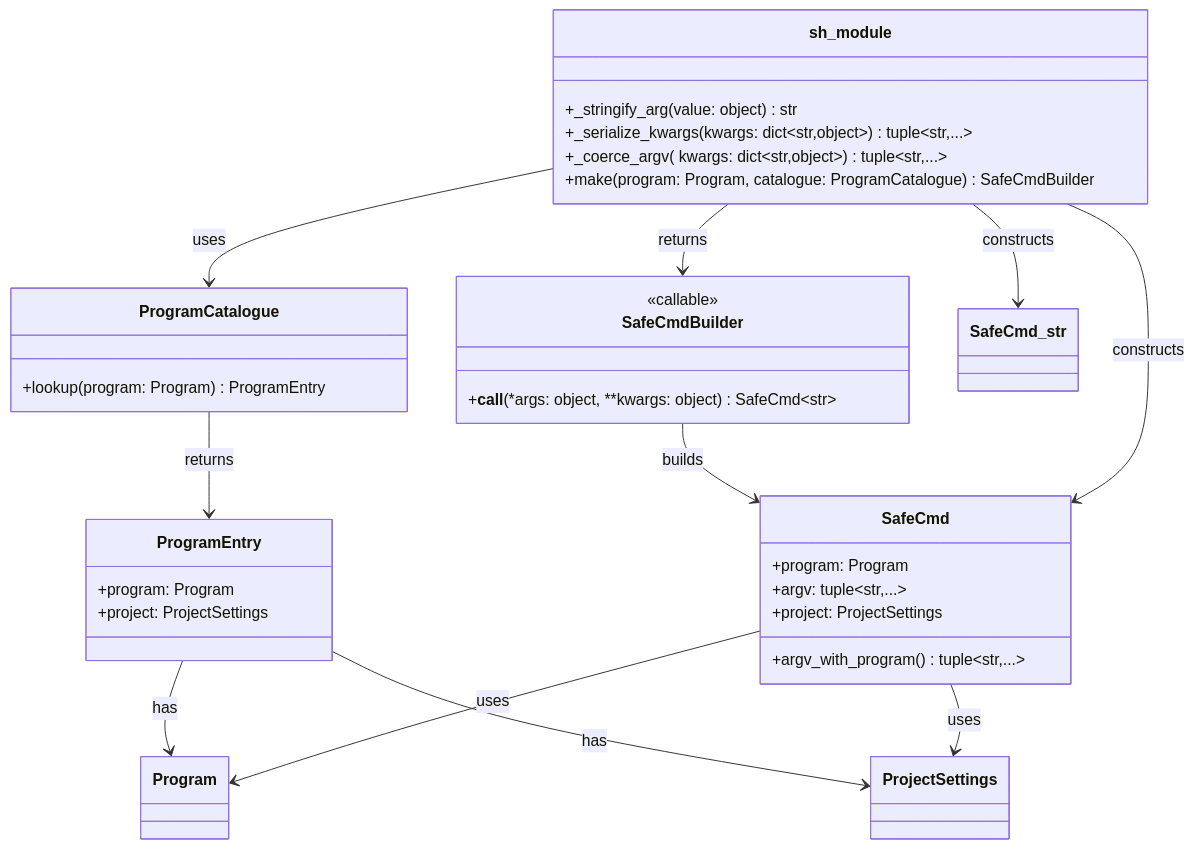
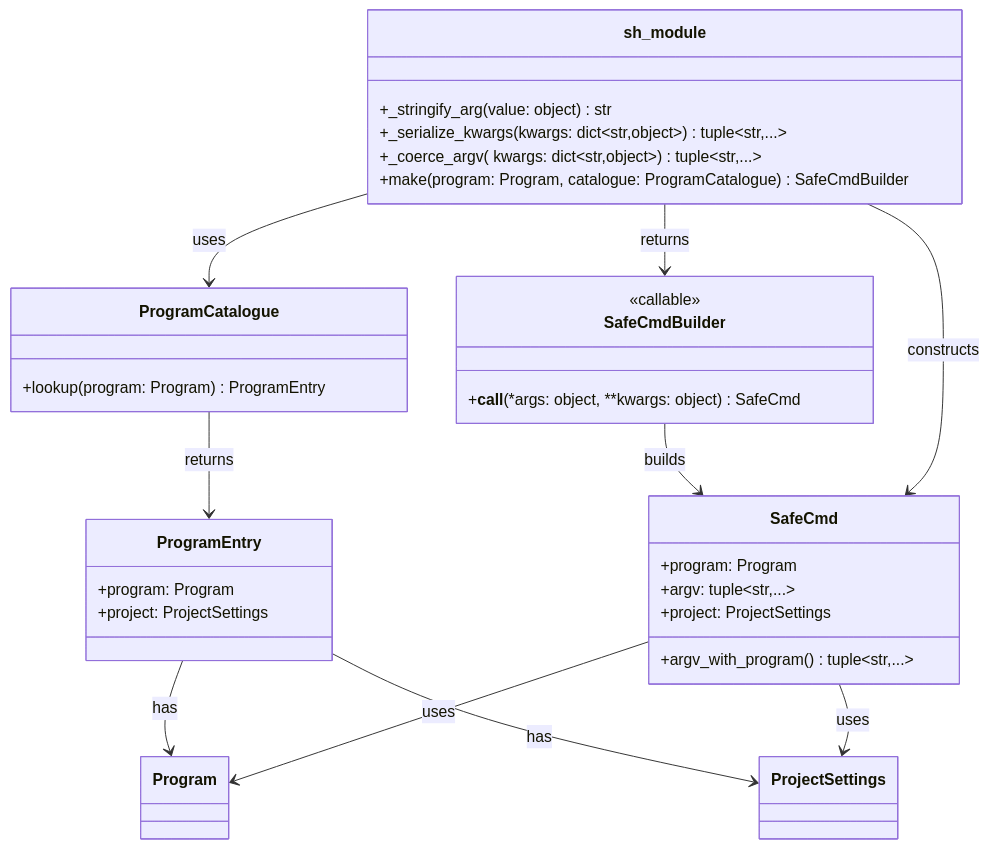
One commit to leynos/cuprum changed the diagram in docs/cuprum-design.md. Above: the diagram before and after it, drawn with Mermaid.

Commit message:
docs(cuprum-design): fix typo and clean up classDiagram notation
Corrected the return type annotation of __call__ method in SafeCmdBuilder from 'SafeCmd~str~' to 'SafeCmd'.
Also simplified the classDiagram references by replacing templated types like 'SafeCmd_str' and 'SafeCmd~Out_co~' with 'SafeCmd'. This improves documentation clarity and consistency.

````diff
--- a/docs/cuprum-design.md
+++ b/docs/cuprum-design.md
@@ -469,50 +469,49 @@
 ```mermaid
 classDiagram
     class Program {
     }
 
     class ProjectSettings {
     }
 
     class ProgramCatalogue {
         +lookup(program: Program) ProgramEntry
     }
 
     class ProgramEntry {
         +program: Program
         +project: ProjectSettings
     }
 
     class SafeCmd {
         +program: Program
         +argv: tuple~str,...~
         +project: ProjectSettings
         +argv_with_program() tuple~str,...~
     }
 
     class SafeCmdBuilder {
         <<callable>>
-        +__call__(*args: object, **kwargs: object) SafeCmd~str~
+        +__call__(*args: object, **kwargs: object) SafeCmd
     }
 
     class sh_module {
         +_stringify_arg(value: object) str
         +_serialize_kwargs(kwargs: dict~str,object~) tuple~str,...~
         +_coerce_argv(args: tuple~object,...~, kwargs: dict~str,object~) tuple~str,...~
         +make(program: Program, catalogue: ProgramCatalogue) SafeCmdBuilder
     }
 
     ProgramCatalogue --> ProgramEntry : returns
     ProgramEntry --> Program : has
     ProgramEntry --> ProjectSettings : has
 
     SafeCmd --> Program : uses
     SafeCmd --> ProjectSettings : uses
 
     SafeCmdBuilder --> SafeCmd : builds
 
     sh_module --> ProgramCatalogue : uses
     sh_module --> SafeCmdBuilder : returns
-    sh_module --> SafeCmd_str : constructs
-    sh_module --> SafeCmd~Out_co~ : constructs
+    sh_module --> SafeCmd : constructs
 ```
````
